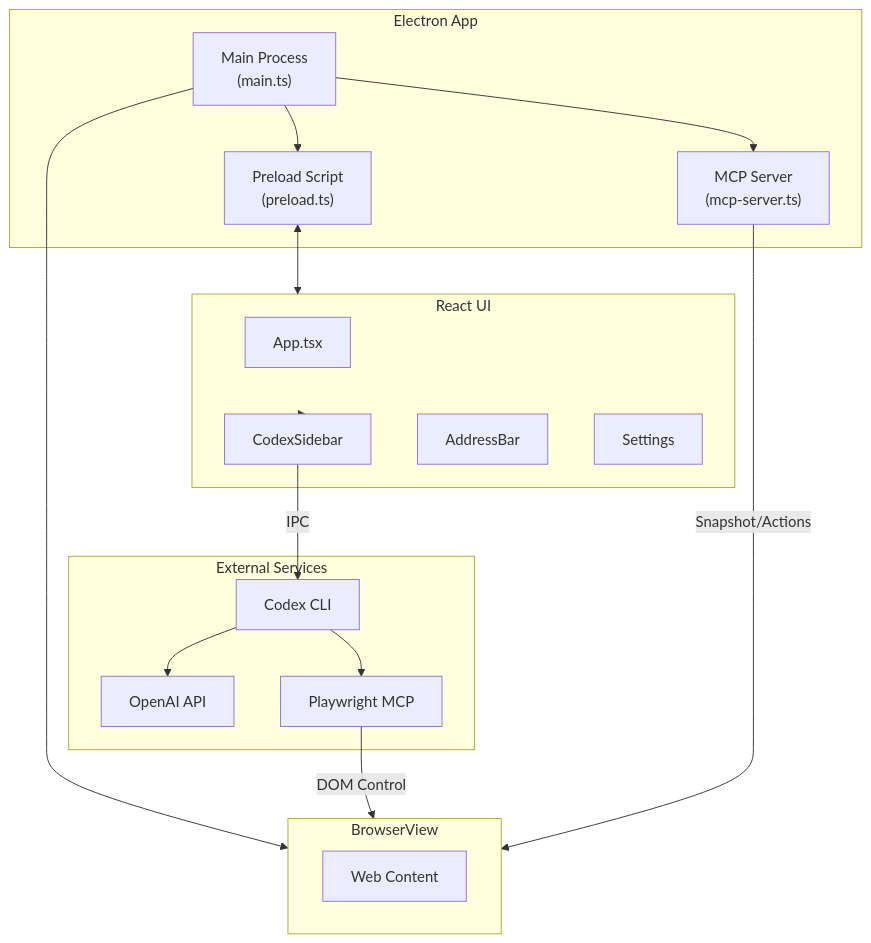
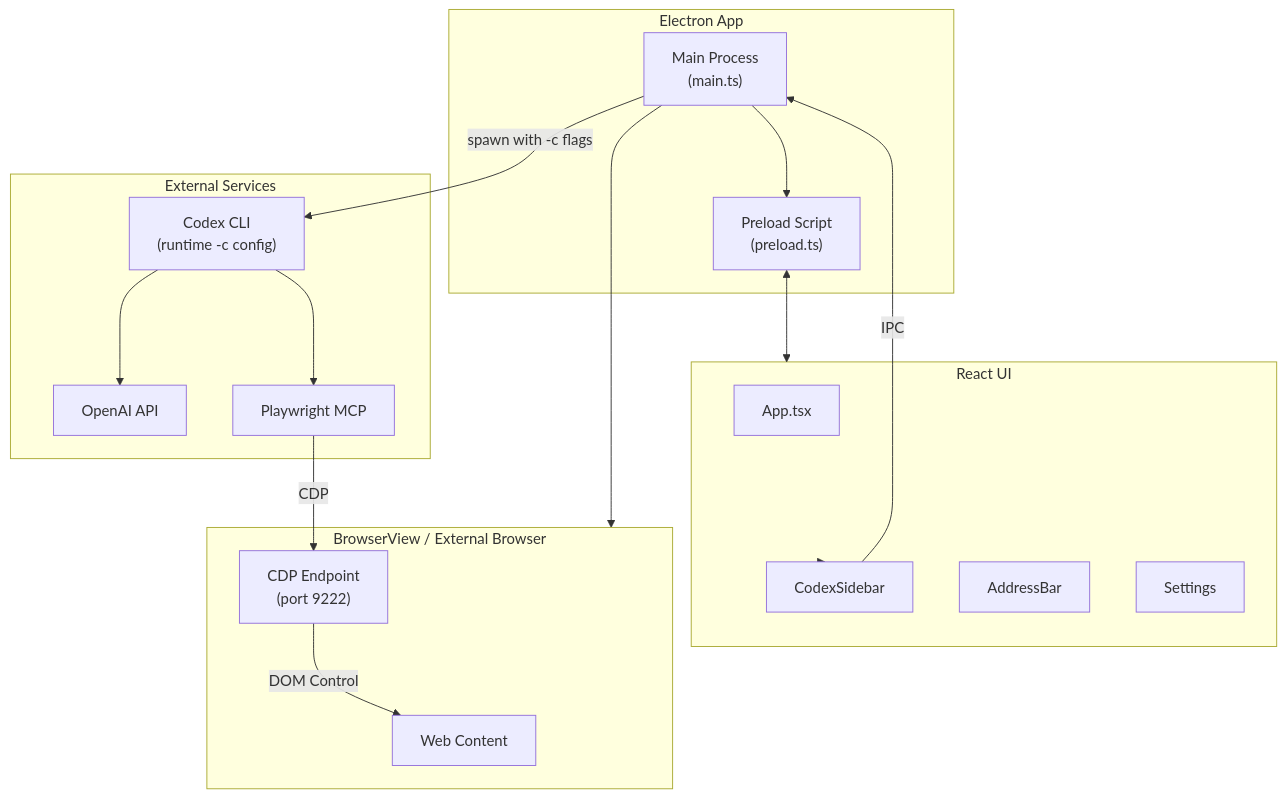
Before and after one commit to fkiller/GnuNae: the diagram in README.md, drawn with Mermaid. The commit also changed other lines of this file, not shown here.

Commit message:
Architecture updated

````diff
--- a/README.md
+++ b/README.md
@@ -13,36 +13,36 @@
 ```mermaid
 graph TB
     subgraph Electron["Electron App"]
         Main["Main Process<br/>(main.ts)"]
         Preload["Preload Script<br/>(preload.ts)"]
-        MCP["MCP Server<br/>(mcp-server.ts)"]
     end
     
     subgraph UI["React UI"]
         App["App.tsx"]
         Sidebar["CodexSidebar"]
         AddressBar["AddressBar"]
         Settings["Settings"]
     end
     
-    subgraph Browser["BrowserView"]
+    subgraph Browser["BrowserView / External Browser"]
         WebPage["Web Content"]
+        CDP["CDP Endpoint<br/>(port 9222)"]
     end
     
     subgraph External["External Services"]
-        Codex["Codex CLI"]
+        Codex["Codex CLI<br/>(runtime -c config)"]
         OpenAI["OpenAI API"]
         Playwright["Playwright MCP"]
     end
     
     Main --> Preload
-    Main --> MCP
     Main --> Browser
     Preload <--> UI
     UI --> Sidebar
-    Sidebar --> |IPC| Codex
+    Sidebar --> |IPC| Main
+    Main --> |spawn with -c flags| Codex
     Codex --> OpenAI
     Codex --> Playwright
-    Playwright --> |DOM Control| Browser
-    MCP --> |Snapshot/Actions| Browser
+    Playwright --> |CDP| CDP
+    CDP --> |DOM Control| WebPage
 ```
````
